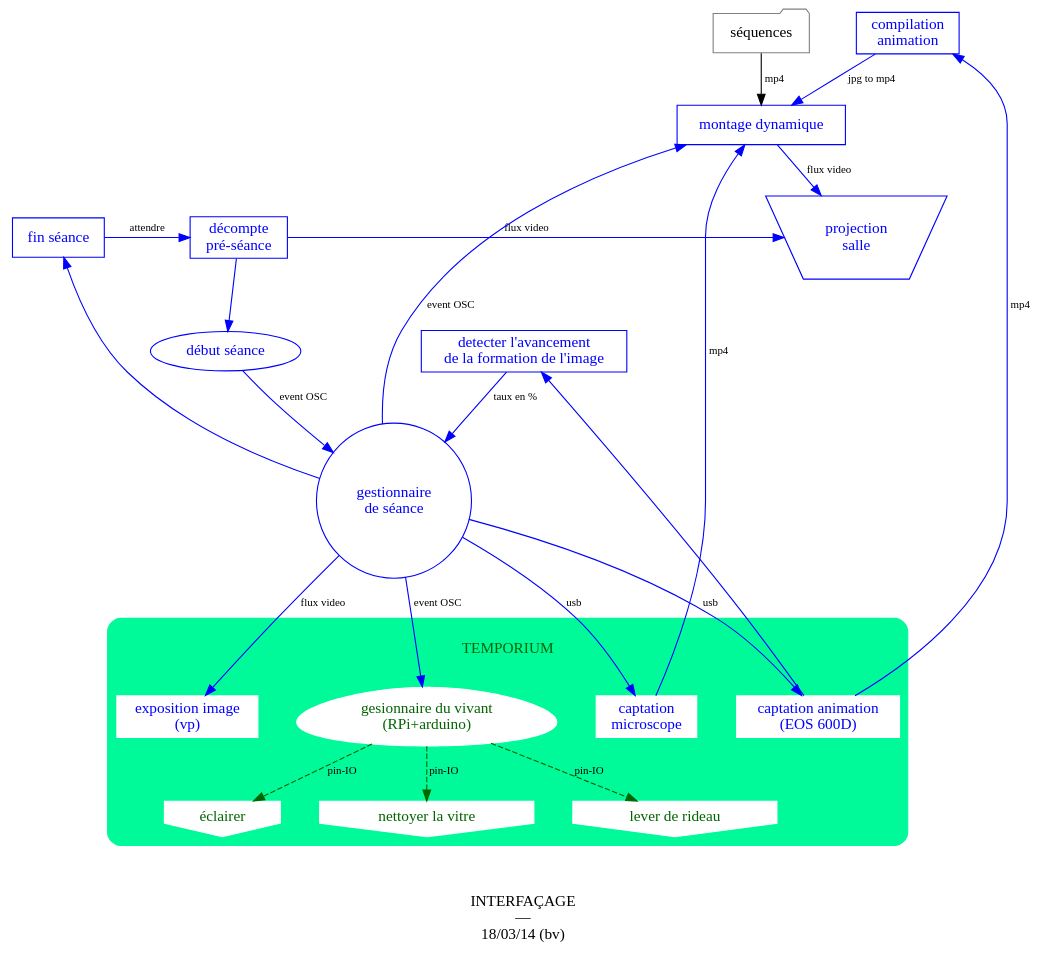
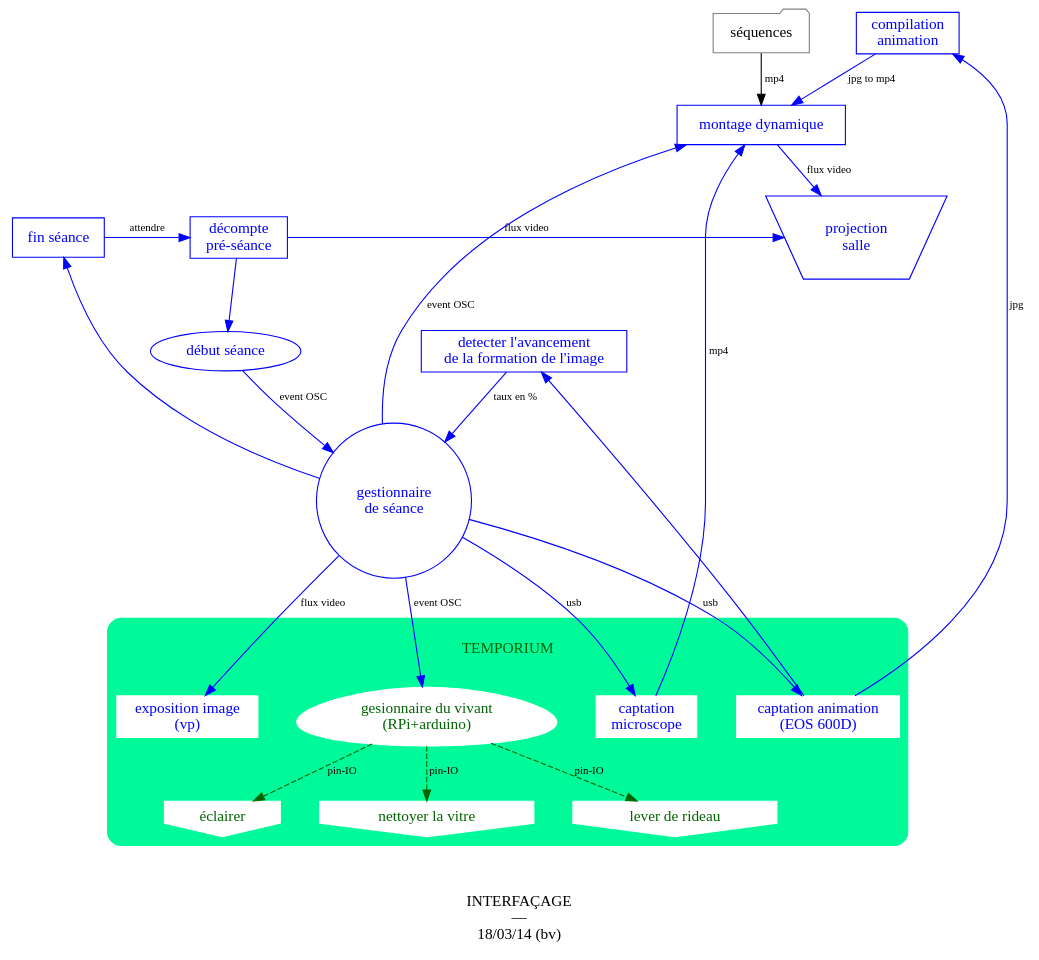
The diagram in doc/interface.dot (dcfvg/temporium), drawn with Graphviz before and after one commit.

Commit message:
fix jpg > mp4

```diff
--- a/doc/interface.dot
+++ b/doc/interface.dot
@@ -1,93 +1,93 @@
 digraph {
   label="\n\nINTERFAÇAGE\n—\n 18/03/14 (bv)"
   
   rankdir="TB"
   nodesep = .5
   
   fontsize=14
   fontname="myriadpro"
   
   node[fontsize=14, fontname="myriadpro", fontcolor=blue, color=blue, shape=box]
   edge[fontsize=10, fontname="monaco", color=blue]
   
   subgraph cluster_tempo {
     
     label="\nTEMPORIUM\n\n"
     style="filled"
     color=mediumspringgreen
 		style="filled,rounded"
 		fontcolor=darkgreen
 
     node[style="filled", color=white]
 
 
     capta_micro
     capta_macro
 		expo_vp
 
 		node[style="filled", fontcolor=darkgreen, shape=invhouse]
     edge[color=darkgreen]
 		tempo_eclairage
     tempo_nettoyage
     tempo_devoiler
 		life_manager
 		life_manager -> {tempo_eclairage, tempo_nettoyage, tempo_devoiler}  [label=" pin-IO", style="dashed"]
 	  
   }
 	
   {montage_dynamique,seance_decompte} -> projection [label=" flux video"]
   detecter_formation -> conduite [label=" taux en %"] 
 
 	conduite -> life_manager 							[label=" event OSC"]
   conduite -> seance_end 								[label=" "]
 	conduite -> {capta_macro,capta_micro} [label=" usb"]
 	conduite -> expo_vp 									[label=" flux video"]
   
   seance_end -> seance_decompte [label=" attendre"]
   seance_start -> conduite  -> montage_dynamique [label=" event OSC"]
   seance_decompte -> seance_start
     
   capta_micro -> montage_dynamique   			[label=" mp4"]
-  capta_macro -> capta_macro_compil 			[label=" mp4"]
+  capta_macro -> capta_macro_compil 			[label=" jpg"]
   capta_macro_compil -> montage_dynamique [label=" jpg to mp4"]
   capta_macro -> detecter_formation
   
 	node[color=grey,fontcolor=black]
 	edge[color=black]
 	rush -> montage_dynamique	[label=" mp4"]
   
 	// ranking
 	{
 		rank="same"
 		seance_end
 		seance_decompte
 		projection
 		
 	}
 	
 	// labels
 	{
       seance_end      	[label="fin séance"]
       seance_decompte 	[label="décompte\npré-séance"]
       seance_start    	[label="début séance", shape=oval]
  
       capta_micro	  		[label="captation\nmicroscope"]
       capta_macro	  		[label="captation animation\n(EOS 600D)"]
  			capta_macro_compil[label="compilation\nanimation"]
 
       tempo_eclairage 	[label="éclairer"]
       tempo_nettoyage 	[label="nettoyer la vitre"]
       tempo_devoiler  	[label="lever de rideau"]
 
 			detecter_formation[label="detecter l'avancement\nde la formation de l'image"]
 
 			life_manager			[label="gesionnaire du vivant\n(RPi+arduino)", shape=egg]
 			projection				[label="projection\nsalle",shape=invtrapezium]
 			expo_vp						[label="exposition image\n(vp)"]
 			conduite					[label="gestionnaire\nde séance"shape=circle]
 			
 			montage_dynamique [label="montage dynamique"]
 			rush							[label="séquences", shape=folder]
 	}
 
 }
```
